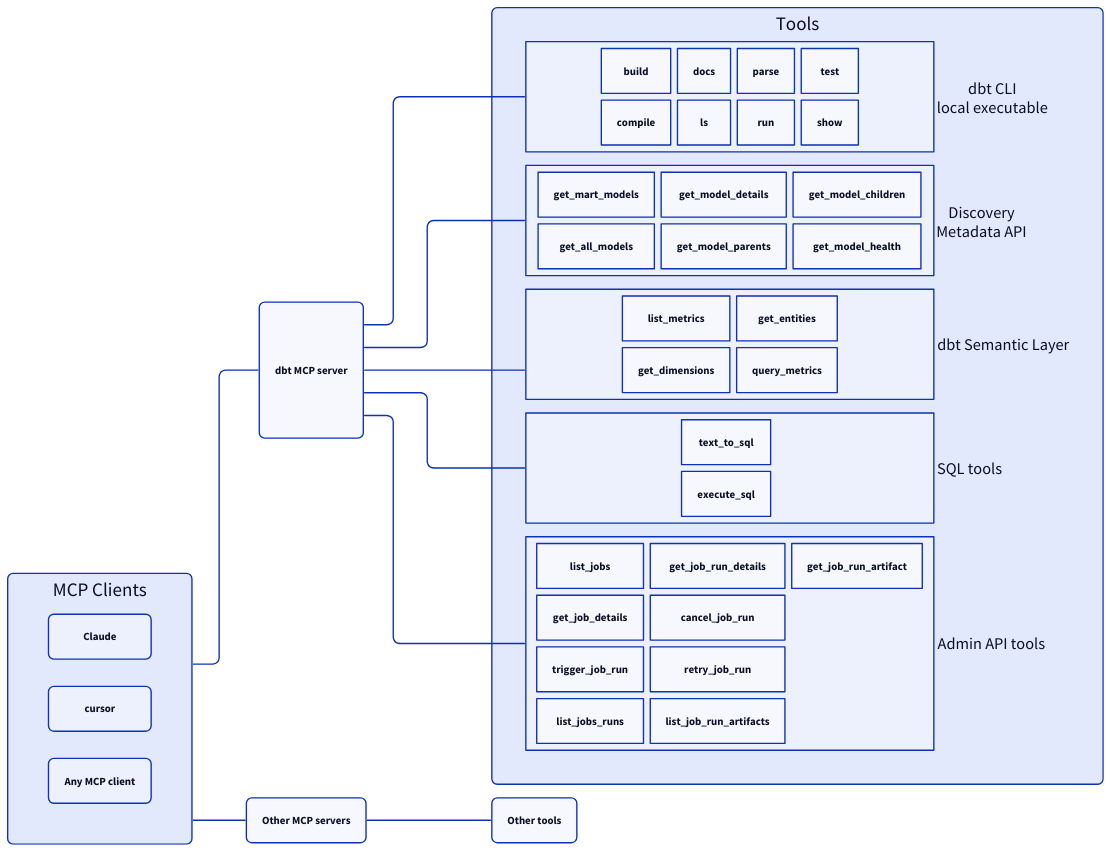
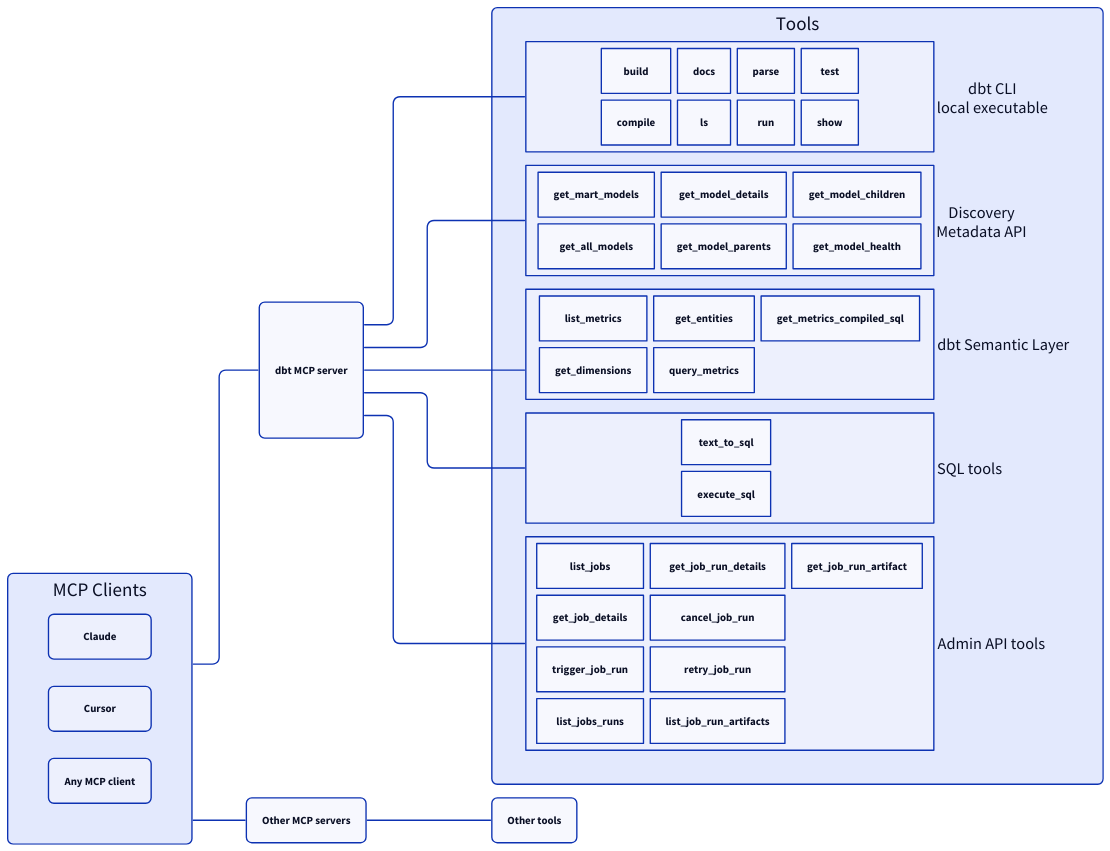
Before and after one commit to sergioserge/dbt-mcp-example: the diagram in docs/diagram.d2, drawn with D2. The commit also changed 4 other files, not shown here.

```diff
--- a/docs/diagram.d2
+++ b/docs/diagram.d2
@@ -1,101 +1,102 @@
 vars: {
   d2-config: {
     layout-engine: elk
   }
 }
 
 direction: right
 *.style.border-radius: 8
 
 classes: {
   container: {
     grid-columns: 2
     grid-rows: 2
     grid-gap: 10
     width: 600
     *.style.border-radius: 8
   }
 
   big-container: {
     grid-columns: 2
     grid-rows: 4
     grid-gap: 10
     width: 600
     *.style.border-radius: 8
   }
 }
 
 mcp: dbt MCP server
 
 tools: Tools {
   cli: dbt CLI\nlocal executable {
     label.near: outside-right-center
     class: container
     build
     compile
     docs
     ls
     parse
     run
     test
     show
   }
 
   discovery: Discovery\nMetadata API {
     label.near: outside-right-center
     class: container
     get_mart_models
     get_all_models
     get_model_details
     get_model_parents
     get_model_children
     get_model_health
   }
 
   sl: dbt Semantic Layer {
     label.near: outside-right-center
     class: container
     list_metrics
     get_dimensions
     get_entities
     query_metrics
+    get_metrics_compiled_sql
   }
 
   sql: SQL tools {
     label.near: outside-right-center
     class: container
     text_to_sql
     execute_sql
   }
 
   admin: Admin API tools {
     label.near: outside-right-center
     class: big-container
     list_jobs
     get_job_details
     trigger_job_run
     list_jobs_runs
     get_job_run_details
     cancel_job_run
     retry_job_run
     list_job_run_artifacts
     get_job_run_artifact
   }
 }
 
 mcp -- tools.*
 
 clients: MCP Clients {
   grid-columns: 1
   *.style.border-radius: 8
   Claude
-  cursor
+  Cursor
   mcp_clients: Any MCP client
 }
 
 other_mcp: Other MCP servers
 other_tools: Other tools
 
 clients -- mcp
 clients -- other_mcp
 other_mcp -- other_tools
```
